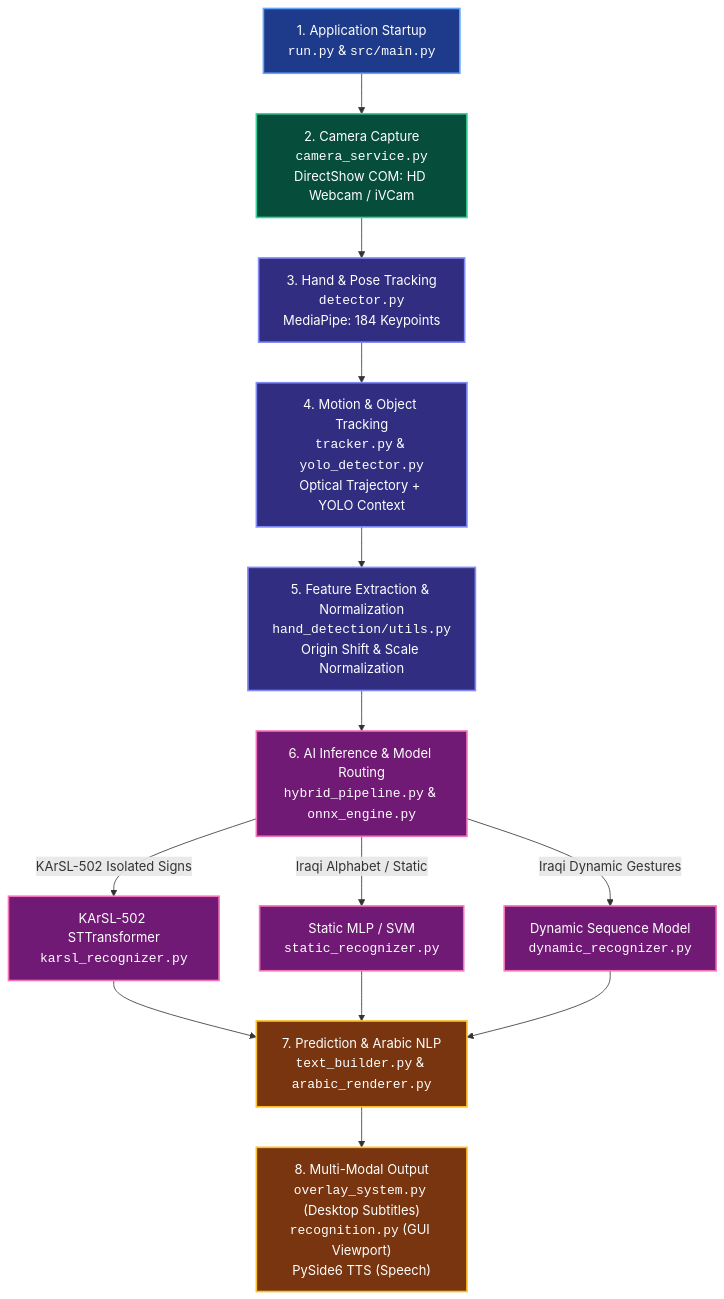
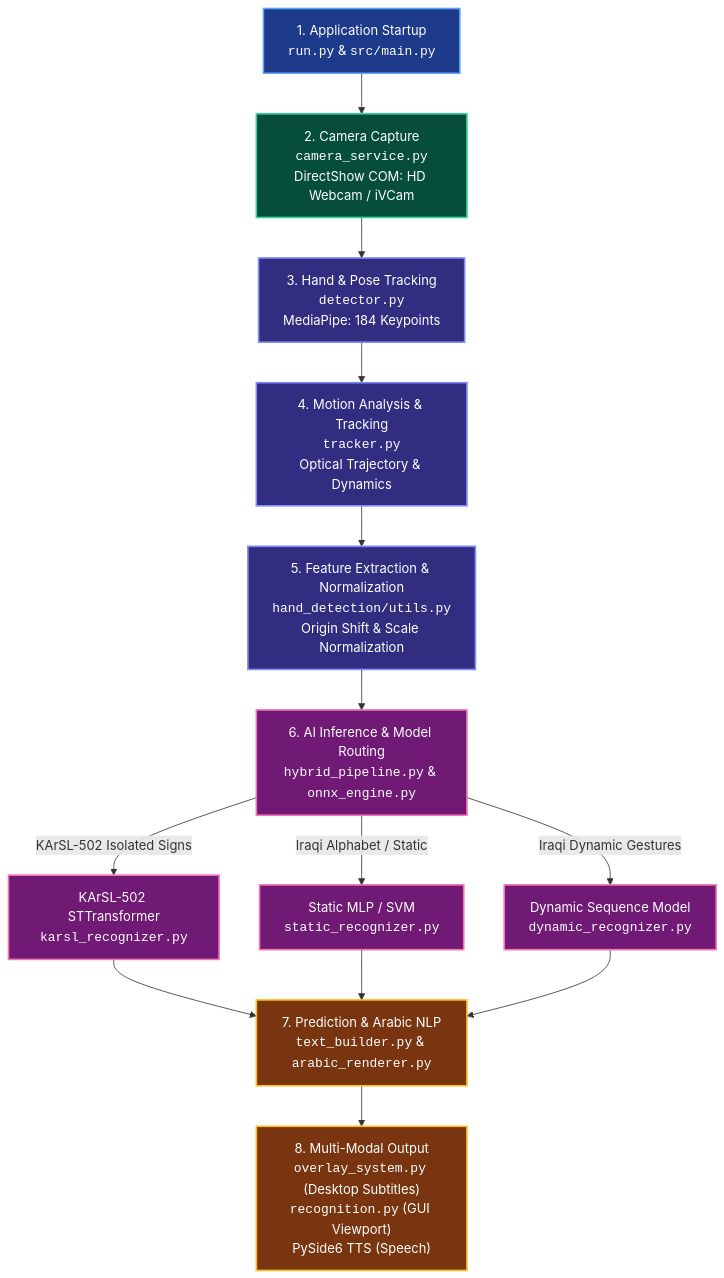
Before and after one commit to xdc7-css/Vision-Based-Sign-Language-Recognition: the second of 2 diagrams in PROJECT_FILE_GUIDE.md, drawn with Mermaid. The commit also changed other lines of this file and 27 other files, not shown here.

````diff
--- a/PROJECT_FILE_GUIDE.md
+++ b/PROJECT_FILE_GUIDE.md
@@ -40,27 +40,27 @@
 ```mermaid
 flowchart TD
     A["1. Application Startup<br><code>run.py</code> & <code>src/main.py</code>"] --> B["2. Camera Capture<br><code>camera_service.py</code><br>DirectShow COM: HD Webcam / iVCam"]
     B --> C["3. Hand & Pose Tracking<br><code>detector.py</code><br>MediaPipe: 184 Keypoints"]
-    C --> D["4. Motion & Object Tracking<br><code>tracker.py</code> & <code>yolo_detector.py</code><br>Optical Trajectory + YOLO Context"]
+    C --> D["4. Motion Analysis & Tracking<br><code>tracker.py</code><br>Optical Trajectory & Dynamics"]
     D --> E["5. Feature Extraction & Normalization<br><code>hand_detection/utils.py</code><br>Origin Shift & Scale Normalization"]
     E --> F["6. AI Inference & Model Routing<br><code>hybrid_pipeline.py</code> & <code>onnx_engine.py</code>"]
     F -->|KArSL-502 Isolated Signs| G1["KArSL-502 STTransformer<br><code>karsl_recognizer.py</code>"]
     F -->|Iraqi Alphabet / Static| G2["Static MLP / SVM<br><code>static_recognizer.py</code>"]
     F -->|Iraqi Dynamic Gestures| G3["Dynamic Sequence Model<br><code>dynamic_recognizer.py</code>"]
     G1 --> H["7. Prediction & Arabic NLP<br><code>text_builder.py</code> & <code>arabic_renderer.py</code>"]
     G2 --> H
     G3 --> H
     H --> I["8. Multi-Modal Output<br><code>overlay_system.py</code> (Desktop Subtitles)<br><code>recognition.py</code> (GUI Viewport)<br>PySide6 TTS (Speech)"]
 
     classDef start fill:#1e3a8a,stroke:#60a5fa,stroke-width:2px,color:#fff;
     classDef cam fill:#064e3b,stroke:#34d399,stroke-width:2px,color:#fff;
     classDef pipe fill:#312e81,stroke:#818cf8,stroke-width:2px,color:#fff;
     classDef model fill:#701a75,stroke:#f472b6,stroke-width:2px,color:#fff;
     classDef out fill:#78350f,stroke:#fbbf24,stroke-width:2px,color:#fff;
 
     class A start;
     class B cam;
     class C,D,E pipe;
     class F,G1,G2,G3 model;
     class H,I out;
 ```
````
